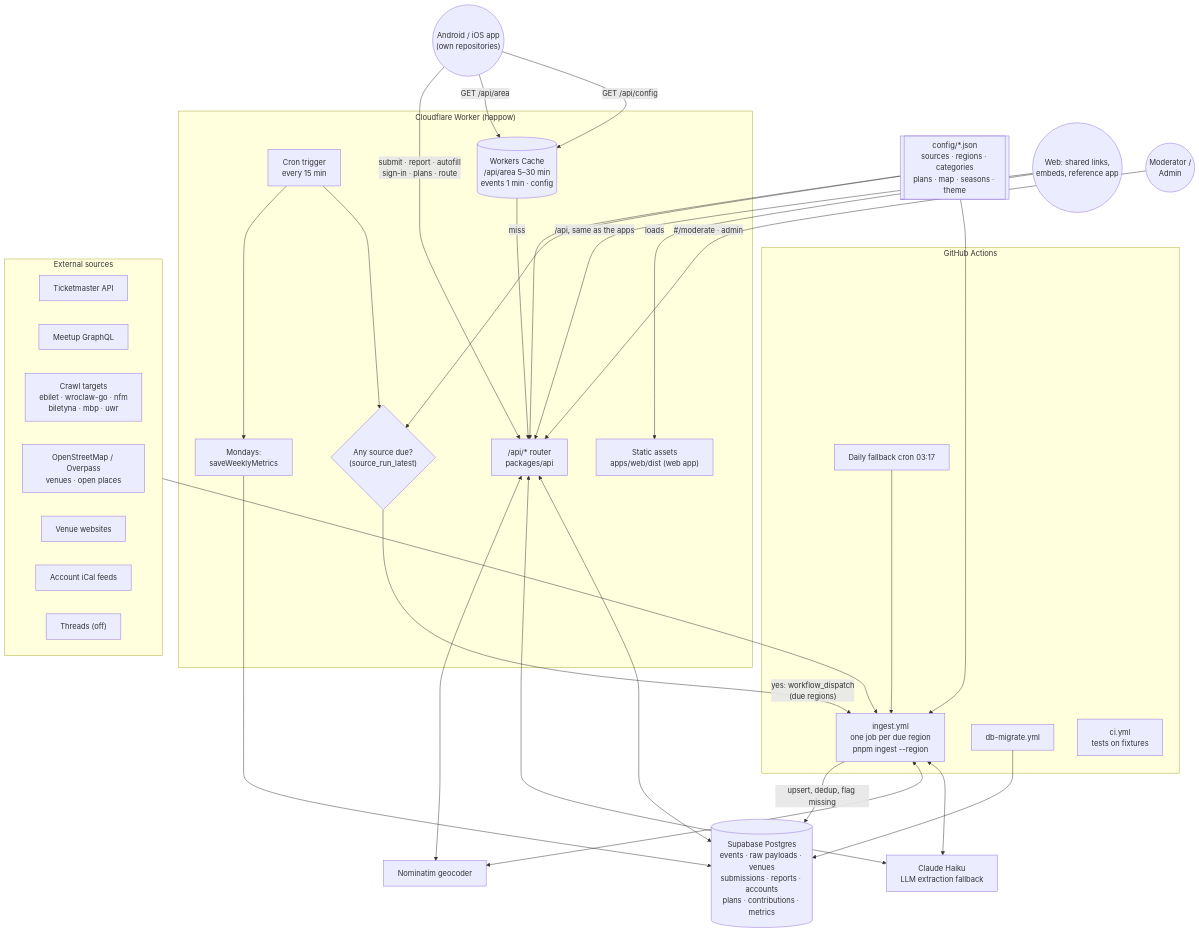
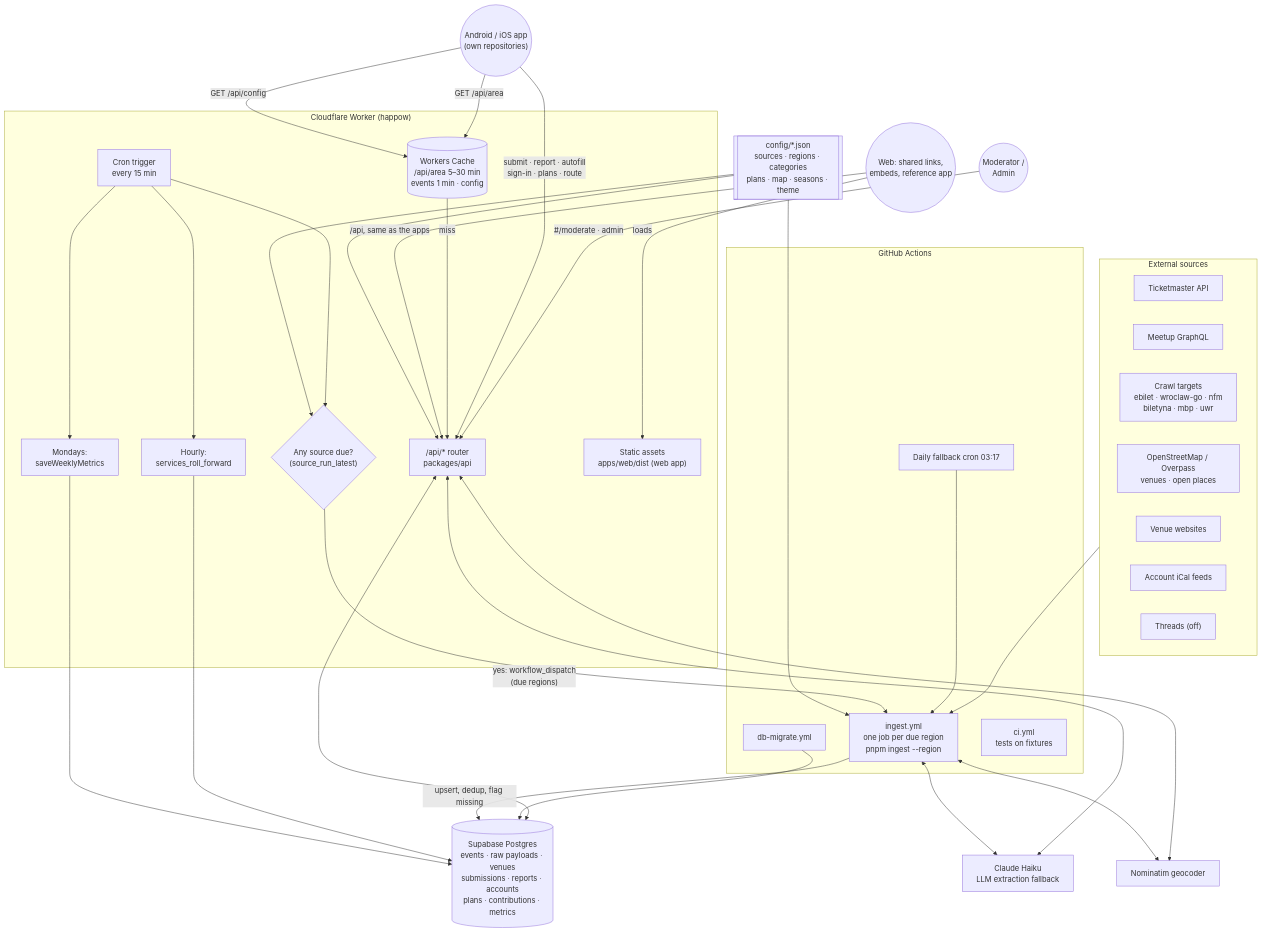
The first of 4 diagrams in docs/ARCHITECTURE.md (PriamSinbob/Happow), drawn with Mermaid before and after one commit. The commit also changed 11 other files, not shown here.

First line of the commit message:
Church services read once a year and rolled forward in the database; Biletyna in Wrocław only

````diff
--- a/docs/ARCHITECTURE.md
+++ b/docs/ARCHITECTURE.md
@@ -9,62 +9,64 @@
 ```mermaid
 flowchart TB
   CFG[["config/*.json<br/>sources · regions · categories<br/>plans · map · seasons · theme"]]
 
   subgraph CF["Cloudflare Worker (happow)"]
     CRON["Cron trigger<br/>every 15 min"]
     SCHED{"Any source due?<br/>(source_run_latest)"}
     METRICS["Mondays:<br/>saveWeeklyMetrics"]
+    ROLL["Hourly:<br/>services_roll_forward"]
     API["/api/* router<br/>packages/api"]
     CACHE[("Workers Cache<br/>/api/area 5–30 min<br/>events 1 min · config")]
     STATIC["Static assets<br/>apps/web/dist (web app)"]
   end
 
   subgraph GH["GitHub Actions"]
     INGEST["ingest.yml<br/>one job per due region<br/>pnpm ingest --region"]
     FALLBACK["Daily fallback cron 03:17"]
     MIGRATE["db-migrate.yml"]
     CI["ci.yml<br/>tests on fixtures"]
   end
 
   subgraph EXT["External sources"]
     TM["Ticketmaster API"]
     MU["Meetup GraphQL"]
     CRAWL["Crawl targets<br/>ebilet · wroclaw-go · nfm<br/>biletyna · mbp · uwr"]
     OSM["OpenStreetMap / Overpass<br/>venues · open places"]
     VS["Venue websites"]
     FEEDS["Account iCal feeds"]
     TH["Threads (off)"]
   end
 
   LLM["Claude Haiku<br/>LLM extraction fallback"]
   GEO["Nominatim geocoder"]
   DB[("Supabase Postgres<br/>events · raw payloads · venues<br/>submissions · reports · accounts<br/>plans · contributions · metrics")]
 
   USER(("Android / iOS app<br/>(own repositories)"))
   WEB(("Web: shared links,<br/>embeds, reference app"))
   MOD(("Moderator /<br/>Admin"))
 
   CFG --> SCHED
   CFG --> INGEST
   CFG --> API
   CRON --> SCHED
   CRON --> METRICS --> DB
+  CRON --> ROLL --> DB
   SCHED -- "yes: workflow_dispatch<br/>(due regions)" --> INGEST
   FALLBACK --> INGEST
   EXT --> INGEST
   INGEST <--> LLM
   INGEST <--> GEO
   INGEST -- "upsert, dedup, flag missing" --> DB
   MIGRATE --> DB
 
   WEB -- "loads" --> STATIC
   WEB -- "/api, same as the apps" --> API
   USER -- "GET /api/config" --> CACHE
   USER -- "GET /api/area" --> CACHE
   CACHE -- "miss" --> API
   USER -- "submit · report · autofill<br/>sign-in · plans · route" --> API
   MOD -- "#/moderate · admin" --> API
   API <--> DB
   API <--> LLM
   API <--> GEO
 ```
````
